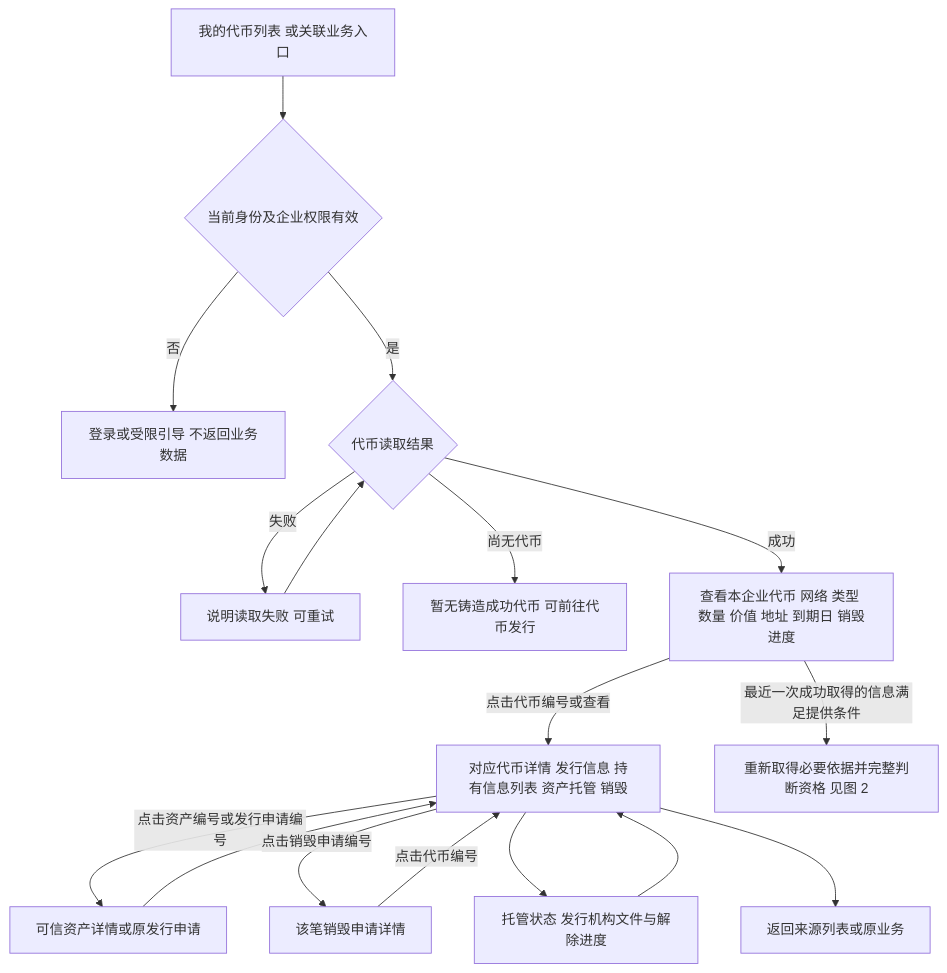
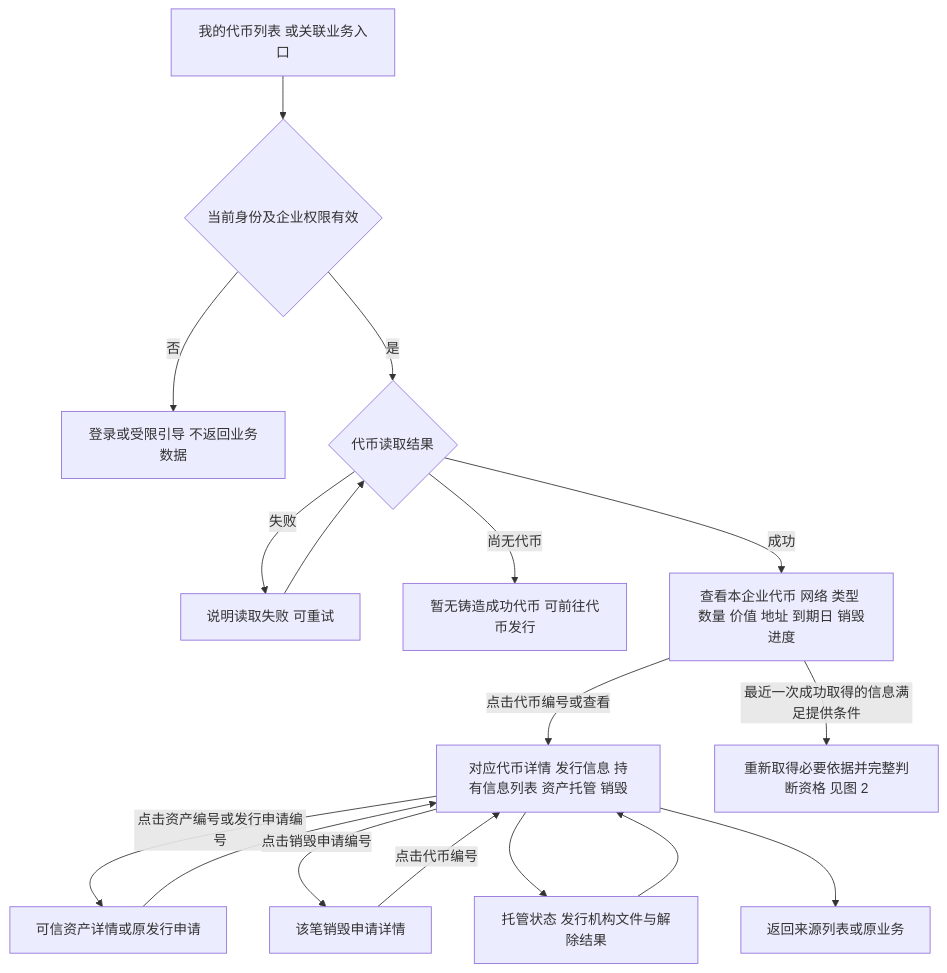
One commit to wxblockchain/Chain-Financing changed the first of 5 diagrams in token-issuance-platform/PRD/面客端/M4a-我的代币与销毁申请/02-我的代币与销毁申请-流程图与状态机.md. Above: the diagram before and after it, drawn with Mermaid. The commit also changed other lines of this file and 35 other files, not shown here.

````diff
--- a/token-issuance-platform/PRD/面客端/M4a-我的代币与销毁申请/02-我的代币与销毁申请-流程图与状态机.md
+++ b/token-issuance-platform/PRD/面客端/M4a-我的代币与销毁申请/02-我的代币与销毁申请-流程图与状态机.md
@@ -17,19 +17,19 @@
 ```mermaid
 flowchart TD
     A[我的代币列表 或关联业务入口] --> B{当前身份及企业权限有效}
     B -->|否| C[登录或受限引导 不返回业务数据]
     B -->|是| D{代币读取结果}
     D -->|失败| E[说明读取失败 可重试]
     E --> D
     D -->|尚无代币| F[暂无铸造成功代币 可前往代币发行]
     D -->|成功| G[查看本企业代币 网络 类型 数量 价值 地址 到期日 销毁进度]
     G -->|点击代币编号或查看| H[对应代币详情 发行信息 持有信息列表 资产托管 销毁]
     G -->|最近一次成功取得的信息满足提供条件| X[重新取得必要依据并完整判断资格 见图 2]
     H -->|点击资产编号或发行申请编号| I[可信资产详情或原发行申请]
     I --> H
     H -->|点击销毁申请编号| J[该笔销毁申请详情]
     J -->|点击代币编号| H
-    H --> P[托管状态 发行机构文件与解除进度]
+    H --> P[托管状态 发行机构文件与解除结果]
     P --> H
     H --> K[返回来源列表或原业务]
 ```
````
